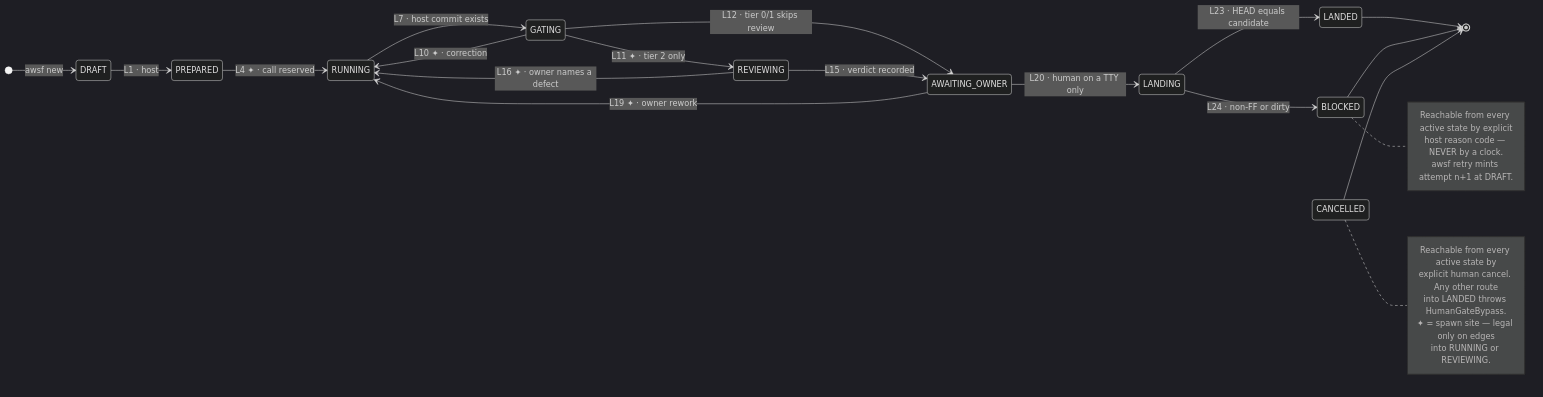
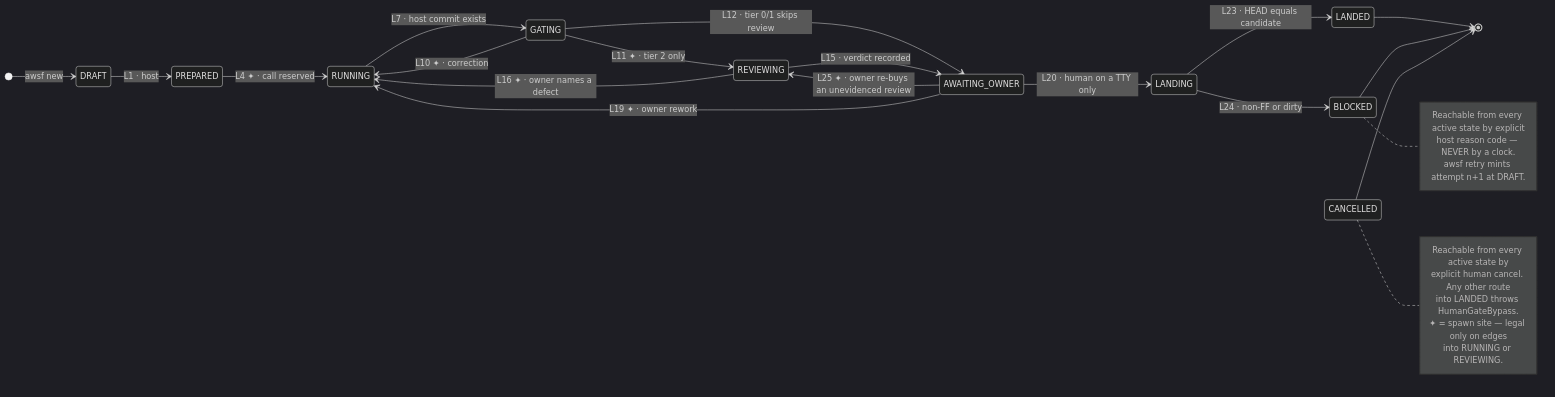
Before and after one commit to santiagoms2404/agentic-workflow-software-factory: the second of 2 diagrams in README.md, drawn with Mermaid (dark theme). The commit also changed other lines of this file and 38 other files, not shown here.

````diff
--- a/README.md
+++ b/README.md
@@ -66,33 +66,34 @@
 ```mermaid
 stateDiagram-v2
   direction LR
   [*] --> DRAFT : awsf new
   DRAFT --> PREPARED : L1 · host
   PREPARED --> RUNNING : L4 ✦ · call reserved
   RUNNING --> GATING : L7 · host commit exists
   GATING --> RUNNING : L10 ✦ · correction
   GATING --> REVIEWING : L11 ✦ · tier 2 only
   GATING --> AWAITING_OWNER : L12 · tier 0/1 skips review
   REVIEWING --> AWAITING_OWNER : L15 · verdict recorded
   REVIEWING --> RUNNING : L16 ✦ · owner names a defect
+  AWAITING_OWNER --> REVIEWING : L25 ✦ · owner re-buys an unevidenced review
   AWAITING_OWNER --> RUNNING : L19 ✦ · owner rework
   AWAITING_OWNER --> LANDING : L20 · human on a TTY only
   LANDING --> LANDED : L23 · HEAD equals candidate
   LANDING --> BLOCKED : L24 · non-FF or dirty
   LANDED --> [*]
   BLOCKED --> [*]
   CANCELLED --> [*]
 
   note right of BLOCKED
     Reachable from every active state by explicit
     host reason code — NEVER by a clock.
     awsf retry mints attempt n+1 at DRAFT.
   end note
   note right of CANCELLED
     Reachable from every active state by
     explicit human cancel. Any other route
     into LANDED throws HumanGateBypass.
     ✦ = spawn site — legal only on edges
     into RUNNING or REVIEWING.
   end note
 ```
````
